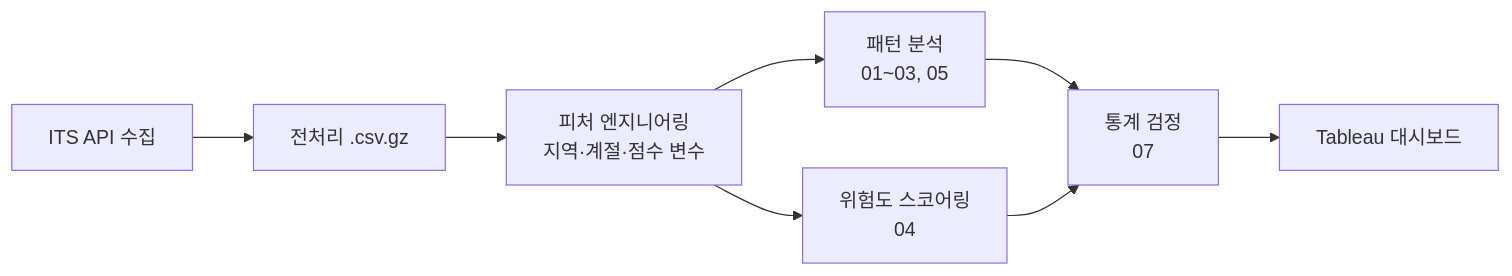
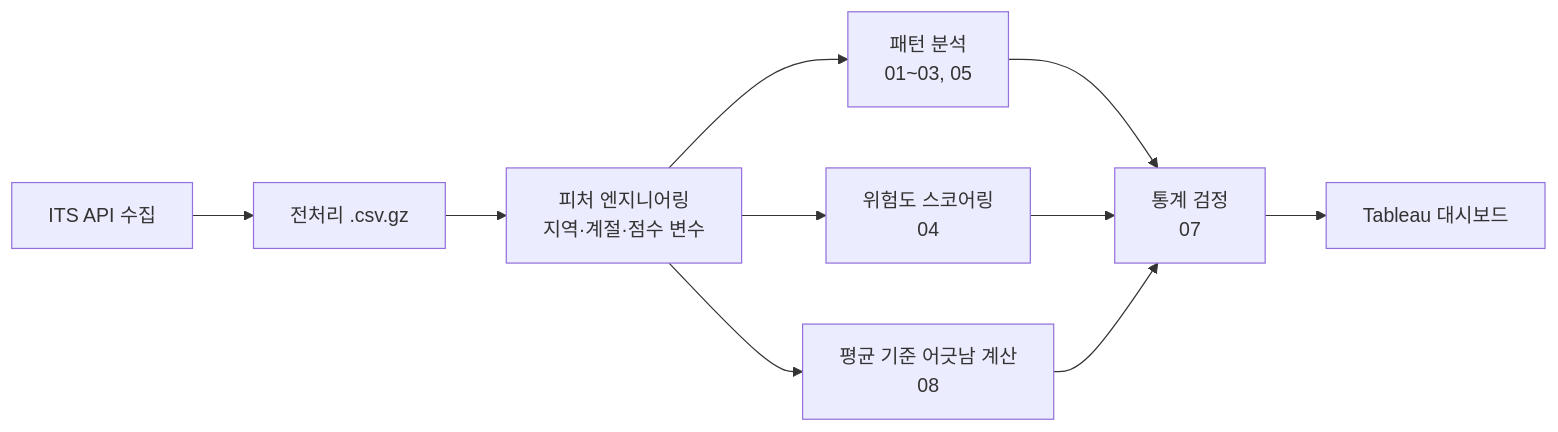
Before and after one commit to dan980918-coder/road-incident-pattern-analysis: the diagram in README.md, drawn with Mermaid. The commit also changed other lines of this file, not shown here.

First line of the commit message:
docs: README를 평균 기준 어긋남 분석 포함 구조로 전면 재작성

````diff
--- a/README.md
+++ b/README.md
@@ -67,10 +139,12 @@
 ```mermaid
 flowchart LR
     A[ITS API 수집] --> B[전처리 .csv.gz]
     B --> C[피처 엔지니어링<br/>지역·계절·점수 변수]
     C --> D[패턴 분석<br/>01~03, 05]
     C --> E[위험도 스코어링<br/>04]
+    C --> H[평균 기준 어긋남 계산<br/>08]
     D --> F[통계 검정<br/>07]
     E --> F
+    H --> F
     F --> G[Tableau 대시보드]
 ```
````
